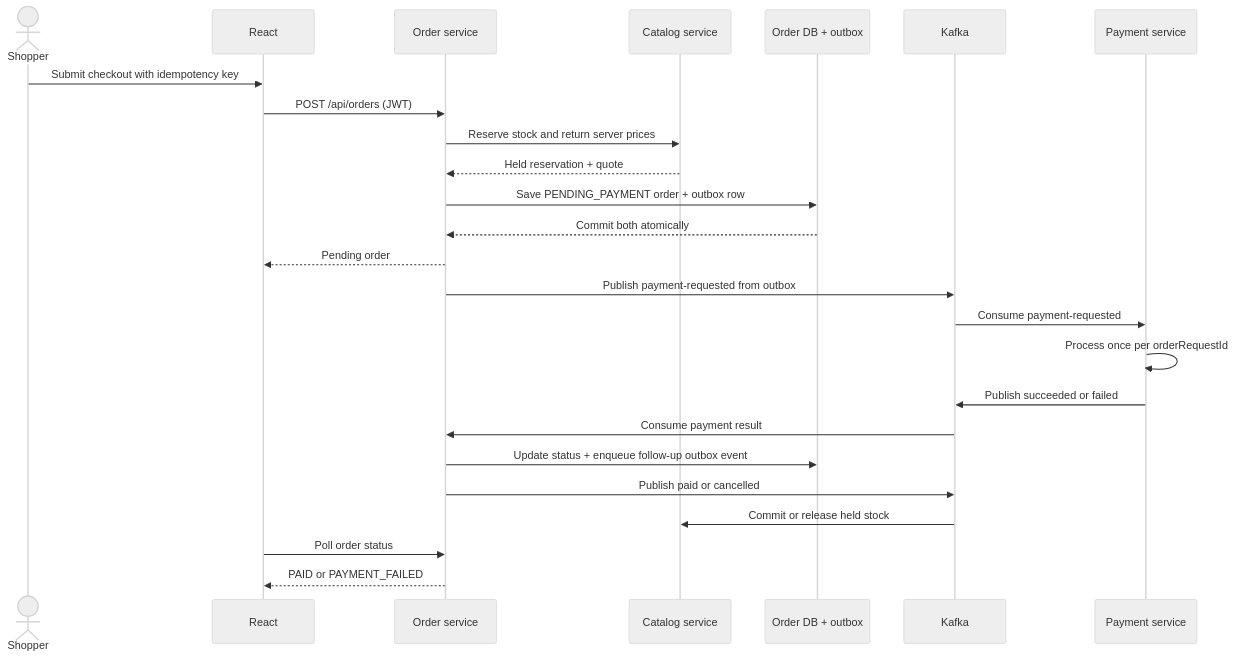
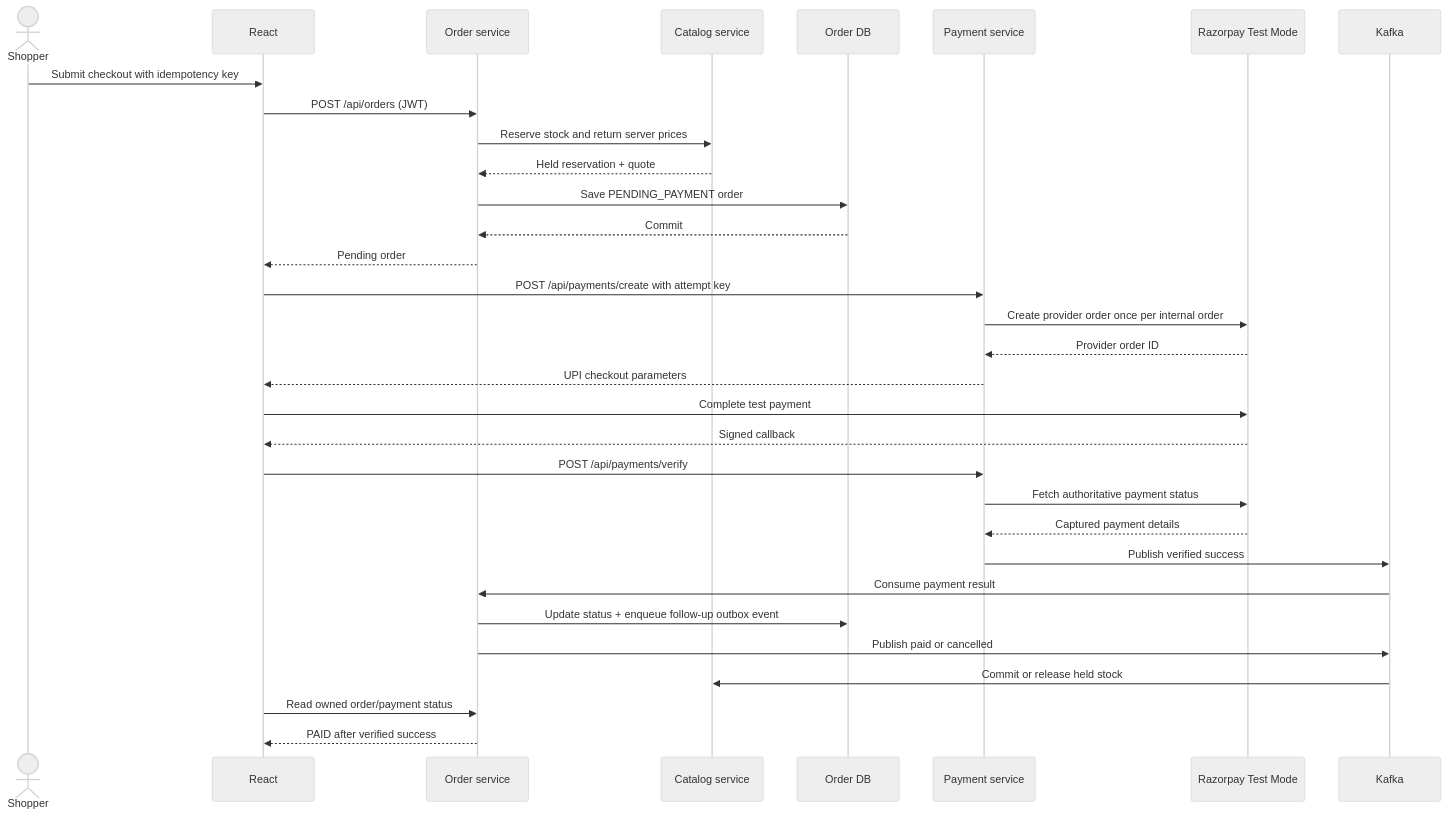
Before and after one commit to srinivasa-maramreddy/msrbooknest: the second of 2 diagrams in docs/architecture.md, drawn with Mermaid (neutral theme). The commit also changed other lines of this file and 45 other files, not shown here.

Commit message:
Add idempotent Razorpay test checkout

````diff
--- a/docs/architecture.md
+++ b/docs/architecture.md
@@ -49,28 +49,35 @@
 ```mermaid
 sequenceDiagram
     actor Shopper
     participant UI as React
     participant Order as Order service
     participant Catalog as Catalog service
-    participant DB as Order DB + outbox
+    participant DB as Order DB
+    participant Payment as Payment service
+    participant Gateway as Razorpay Test Mode
     participant Kafka
-    participant Payment as Payment service
 
     Shopper->>UI: Submit checkout with idempotency key
     UI->>Order: POST /api/orders (JWT)
     Order->>Catalog: Reserve stock and return server prices
     Catalog-->>Order: Held reservation + quote
-    Order->>DB: Save PENDING_PAYMENT order + outbox row
-    DB-->>Order: Commit both atomically
+    Order->>DB: Save PENDING_PAYMENT order
+    DB-->>Order: Commit
     Order-->>UI: Pending order
-    Order->>Kafka: Publish payment-requested from outbox
-    Kafka->>Payment: Consume payment-requested
-    Payment->>Payment: Process once per orderRequestId
-    Payment->>Kafka: Publish succeeded or failed
+    UI->>Payment: POST /api/payments/create with attempt key
+    Payment->>Gateway: Create provider order once per internal order
+    Gateway-->>Payment: Provider order ID
+    Payment-->>UI: UPI checkout parameters
+    UI->>Gateway: Complete test payment
+    Gateway-->>UI: Signed callback
+    UI->>Payment: POST /api/payments/verify
+    Payment->>Gateway: Fetch authoritative payment status
+    Gateway-->>Payment: Captured payment details
+    Payment->>Kafka: Publish verified success
     Kafka->>Order: Consume payment result
     Order->>DB: Update status + enqueue follow-up outbox event
     Order->>Kafka: Publish paid or cancelled
     Kafka->>Catalog: Commit or release held stock
-    UI->>Order: Poll order status
-    Order-->>UI: PAID or PAYMENT_FAILED
+    UI->>Order: Read owned order/payment status
+    Order-->>UI: PAID after verified success
 ```
````
